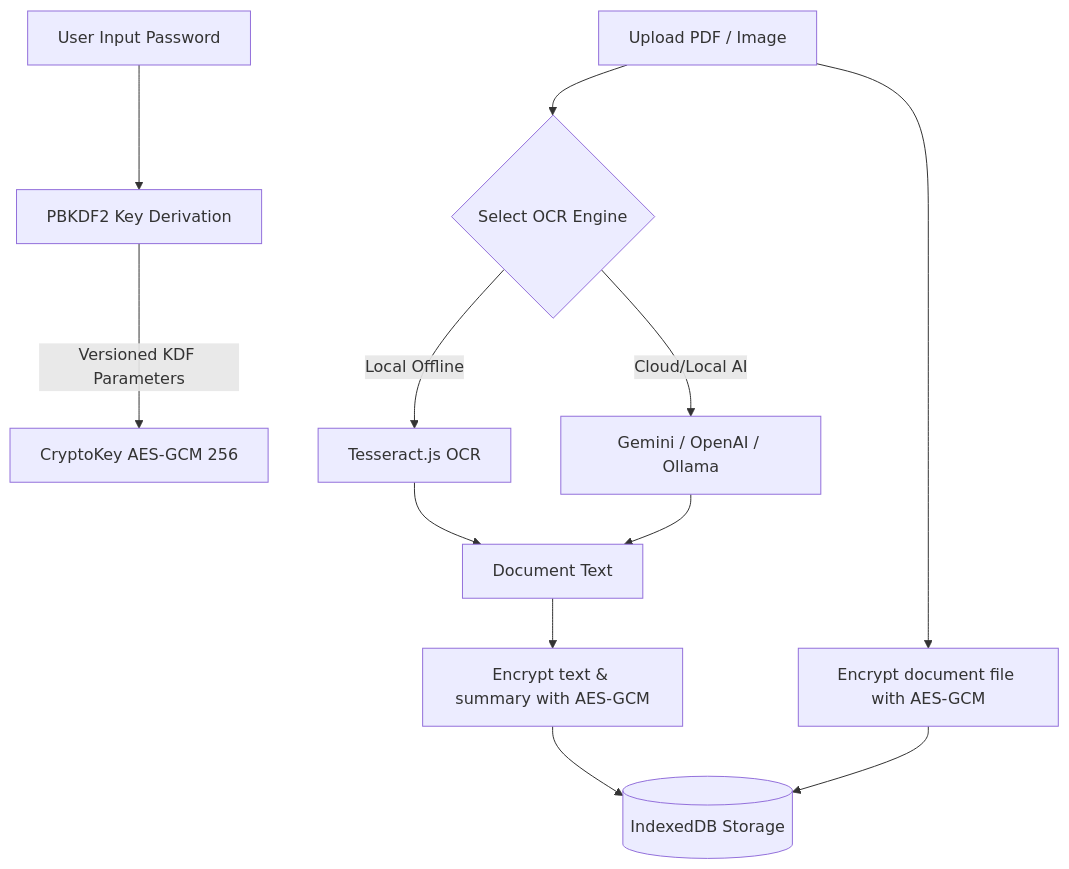
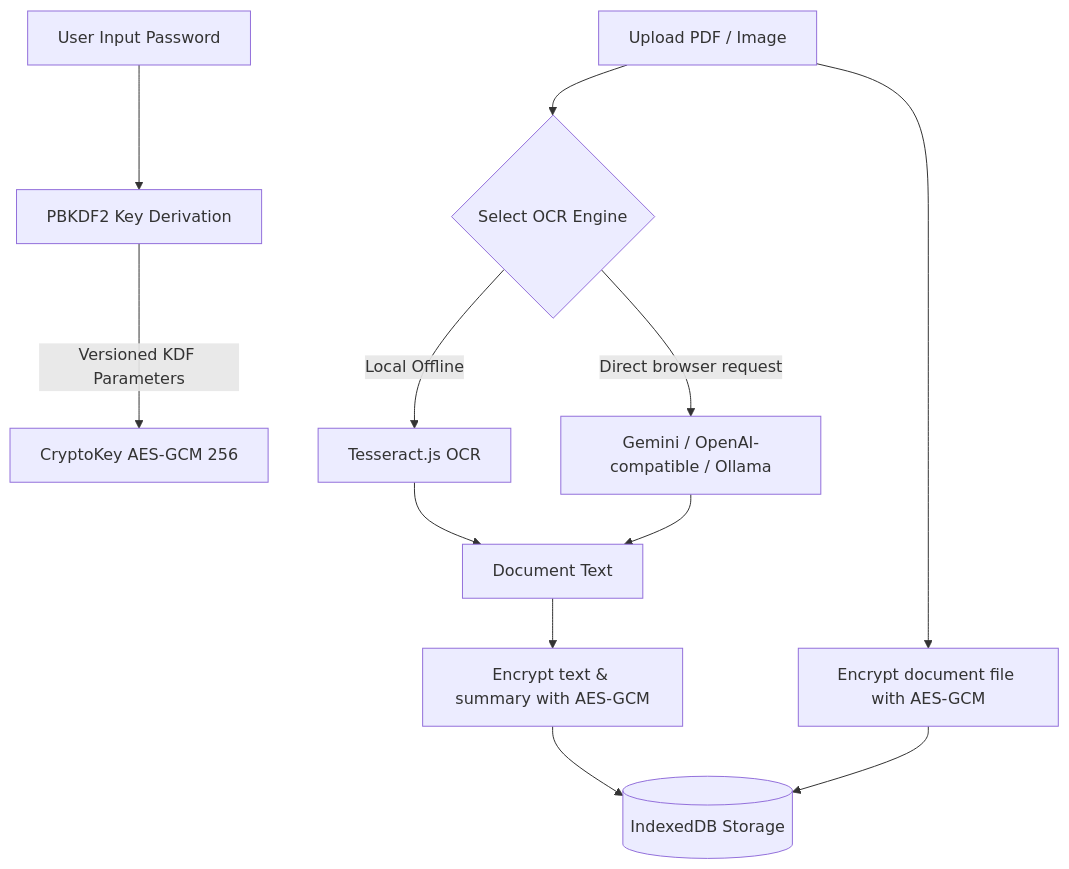
The diagram in README.md (LoLyeah/OcularOCR), drawn with Mermaid before and after one commit. The commit also changed other lines of this file and 18 other files, not shown here.

````diff
--- a/README.md
+++ b/README.md
@@ -58,14 +59,14 @@
 ```mermaid
 graph TD
     A[User Input Password] --> B[PBKDF2 Key Derivation]
     B -->|Versioned KDF Parameters| C[CryptoKey AES-GCM 256]
     D[Upload PDF / Image] --> E{Select OCR Engine}
     E -->|Local Offline| F[Tesseract.js OCR]
-    E -->|Cloud/Local AI| G[Gemini / OpenAI / Ollama]
+    E -->|Direct browser request| G[Gemini / OpenAI-compatible / Ollama]
     F --> H[Document Text]
     G --> H
     H --> I[Encrypt text & summary with AES-GCM]
     D --> J[Encrypt document file with AES-GCM]
     I --> K[(IndexedDB Storage)]
     J --> K
 ```
````
